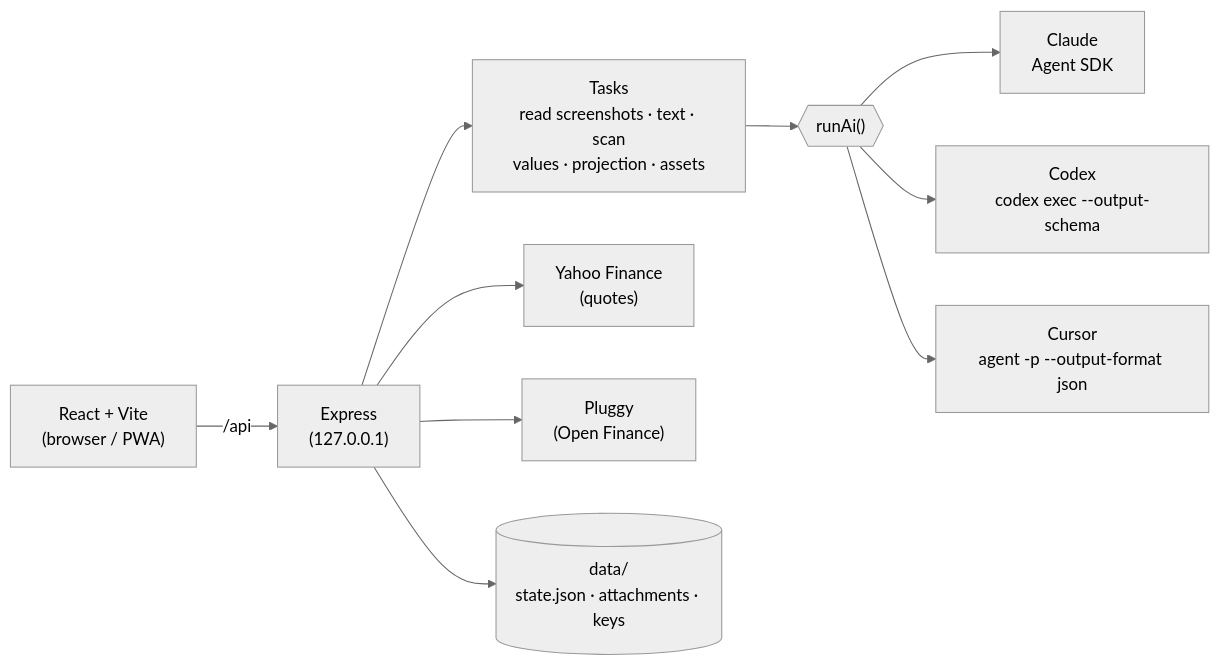
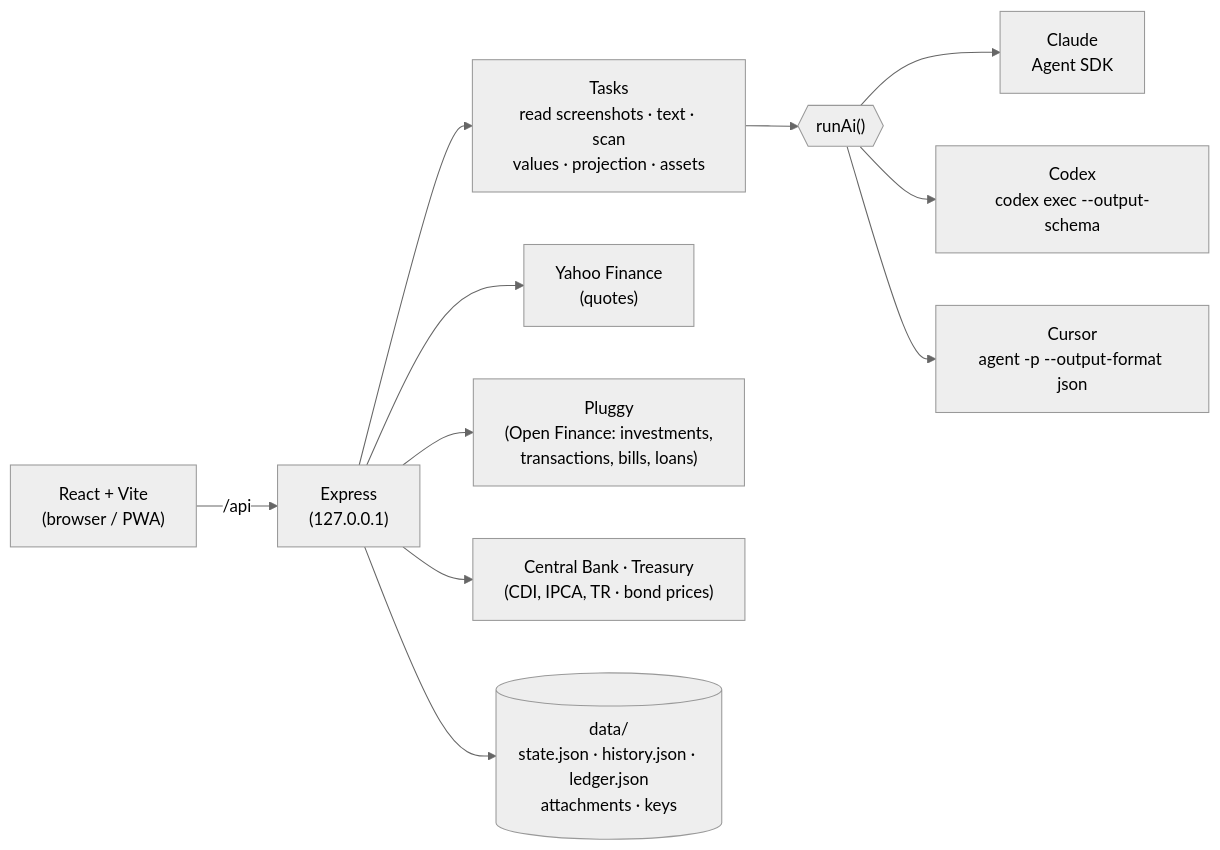
Before and after one commit to isacsneto/arca-assistant: the diagram in README.md, drawn with Mermaid (neutral theme). The commit also changed other lines of this file and 1 other file, not shown here.

````diff
--- a/README.md
+++ b/README.md
@@ -198,12 +198,13 @@
 ```mermaid
 flowchart LR
   UI["React + Vite<br/>(browser / PWA)"] -- "/api" --> API["Express<br/>(127.0.0.1)"]
   API --> Tasks["Tasks<br/>read screenshots · text · scan<br/>values · projection · assets"]
   Tasks --> runAi{{"runAi()"}}
   runAi --> C["Claude<br/>Agent SDK"]
   runAi --> X["Codex<br/>codex exec --output-schema"]
   runAi --> K["Cursor<br/>agent -p --output-format json"]
   API --> Q["Yahoo Finance<br/>(quotes)"]
-  API --> P["Pluggy<br/>(Open Finance)"]
-  API --> D[("data/<br/>state.json · attachments · keys")]
+  API --> P["Pluggy<br/>(Open Finance: investments,<br/>transactions, bills, loans)"]
+  API --> B["Central Bank · Treasury<br/>(CDI, IPCA, TR · bond prices)"]
+  API --> D[("data/<br/>state.json · history.json · ledger.json<br/>attachments · keys")]
 ```
````
